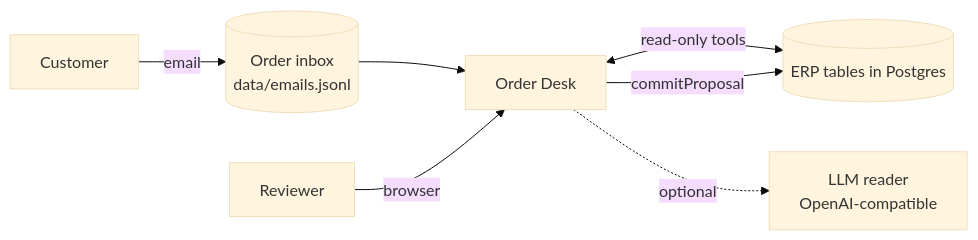
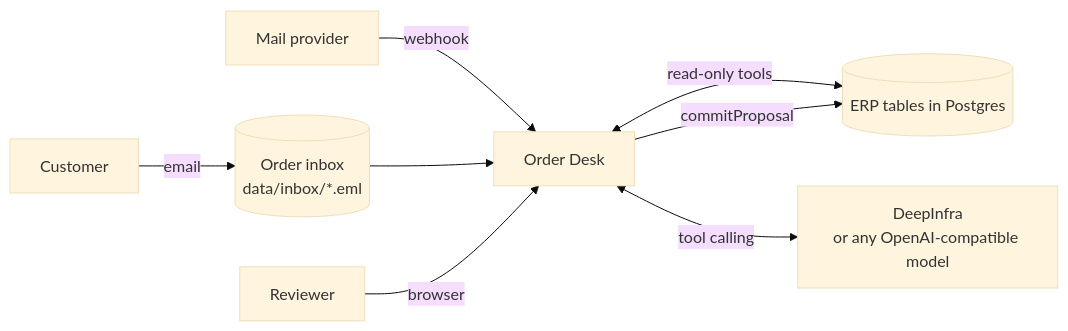
The second of 2 diagrams in README.md (nabilafifahq/test-harbor), drawn with Mermaid (base theme) before and after one commit. The commit also changed other lines of this file and 3 other files, not shown here.

````diff
--- a/README.md
+++ b/README.md
@@ -190,9 +210,10 @@
 ```mermaid
 flowchart LR
-  Customer -- email --> Inbox[(Order inbox<br/>data/emails.jsonl)]
+  Customer -- email --> Inbox[(Order inbox<br/>data/inbox/*.eml)]
+  Mail[Mail provider] -- webhook --> App
   Inbox --> App[Order Desk]
   App <-- read-only tools --> ERP[(ERP tables in Postgres)]
   App -- commitProposal --> ERP
   Reviewer -- browser --> App
-  App -. optional .-> Model[LLM reader<br/>OpenAI-compatible]
+  App <-- tool calling --> Model[DeepInfra<br/>or any OpenAI-compatible model]
 ```
````
